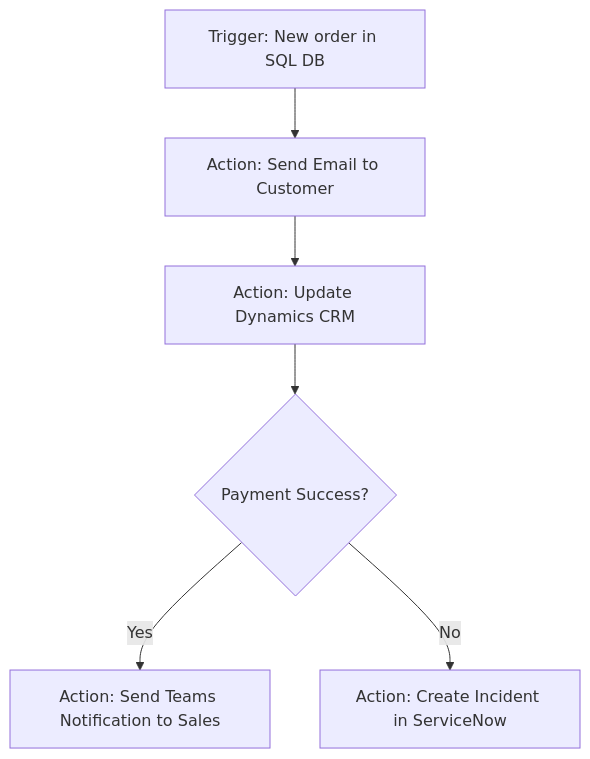
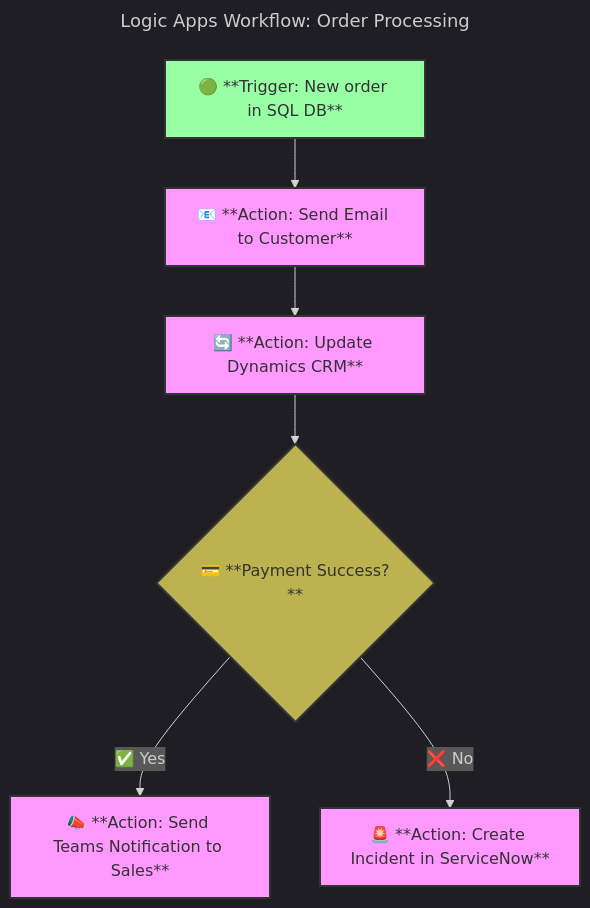
Before and after one commit to hadywafa/AzureHub: the diagram in azure/9.integration/1.logic-apps/1.azure-logic-apps.md, drawn with Mermaid. The commit also changed other lines of this file and 21 other files, not shown here.

Commit message:
azure logic apps

````diff
--- a/azure/9.integration/1.logic-apps/1.azure-logic-apps.md
+++ b/azure/9.integration/1.logic-apps/1.azure-logic-apps.md
@@ -61,8 +19,23 @@
 ```mermaid
+---
+config:
+  theme: dark
+title: "Logic Apps Workflow: Order Processing"
+---
+
 flowchart TD
-A[Trigger: New order in SQL DB] --> B[Action: Send Email to Customer]
-B --> C[Action: Update Dynamics CRM]
-C --> D{Payment Success?}
-D -->|Yes| E[Action: Send Teams Notification to Sales]
-D -->|No| F[Action: Create Incident in ServiceNow]
+    A[🟢 **Trigger: New order in SQL DB**]
+    A --> B[📧 **Action: Send Email to Customer**]
+    B --> C[🔄 **Action: Update Dynamics CRM**]
+    C --> D{💳 **Payment Success?**}
+    D -->|✅ Yes| E[📣 **Action: Send Teams Notification to Sales**]
+    D -->|❌ No| F[🚨 **Action: Create Incident in ServiceNow**]
+
+    classDef trigger fill:#99ffa5ff,color:#333,stroke:#333,stroke-width:2px,font-size:12pt;
+    classDef action fill:#f9f,color:#333,stroke:#333,stroke-width:2px,font-size:12pt;
+    classDef decision fill:#bcb350ff,color:#333,stroke:#333,stroke-width:2px,font-size:12pt;
+
+    class A trigger
+    class B,C,E,F action
+    class D decision
 ```
````
